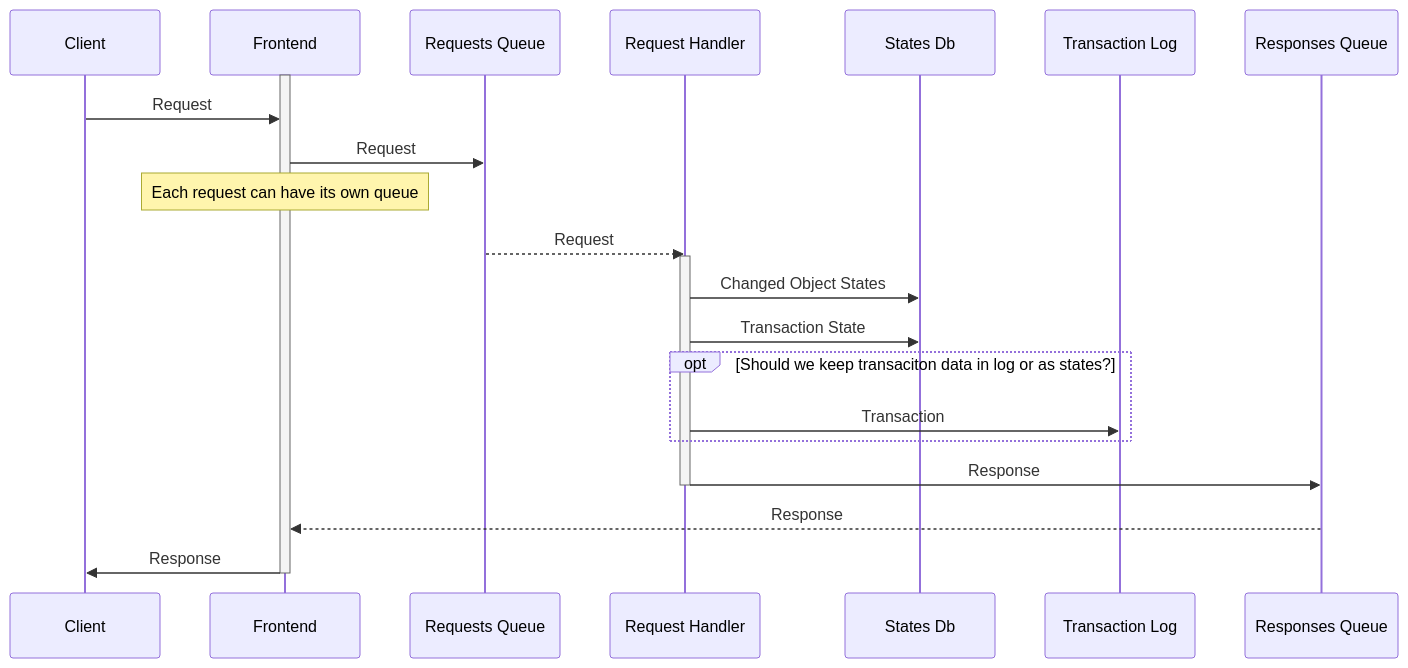
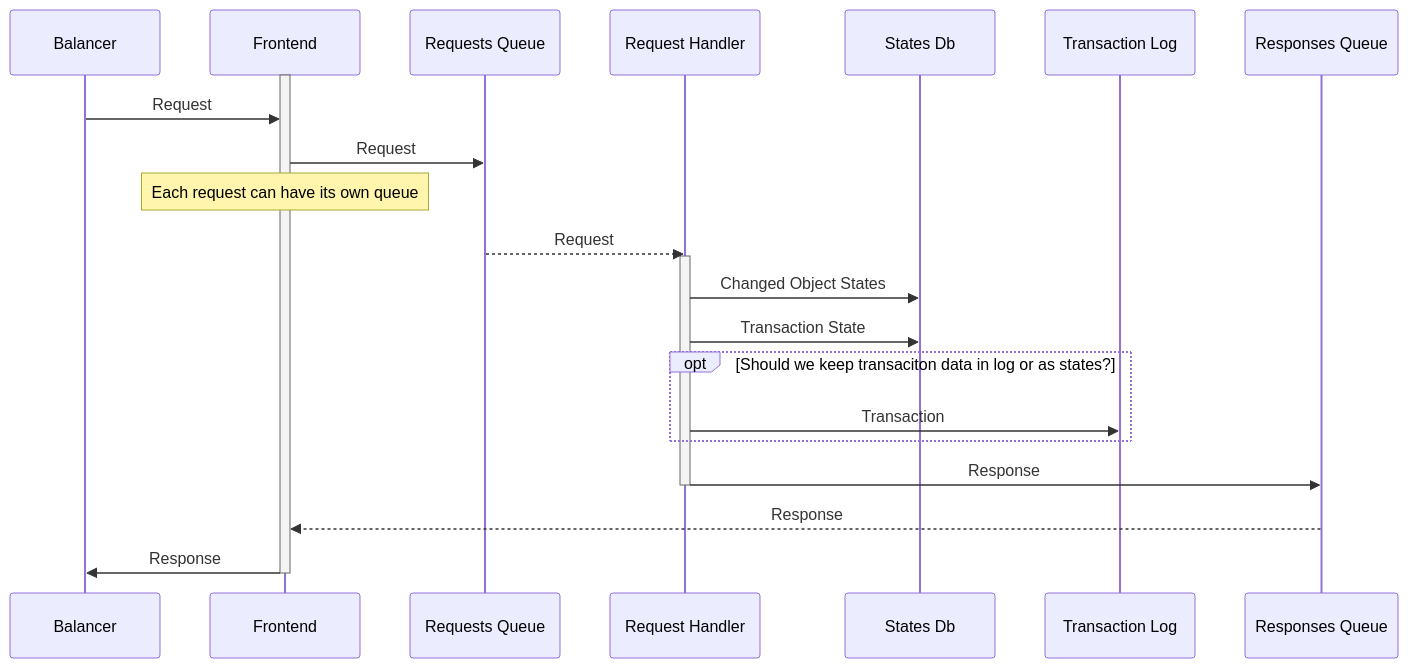
One commit to atomicity4j/atomicity4j-docs changed the diagram in Scenarious.md. Above: the diagram before and after it, drawn with Mermaid. The commit also changed other lines of this file, not shown here.

````diff
--- a/Scenarious.md
+++ b/Scenarious.md
@@ -5,19 +5,20 @@
 ```mermaid
 sequenceDiagram
+
   activate Frontend
-  Client->>Frontend: Request
+  Balancer->>Frontend: Request
   Frontend->>Requests Queue: Request
   Note over Frontend: Each request can have its own queue
   Requests Queue-->>Request Handler: Request
   activate Request Handler
   Request Handler->>States Db: Changed Object States
   Request Handler->>States Db: Transaction State
   opt Should we keep transaciton data in log or as states?
       Request Handler->> Transaction Log: Transaction
   end
   Request Handler->>Responses Queue: Response
   deactivate Request Handler
   Responses Queue-->> Frontend: Response
-  Frontend->>Client: Response
+  Frontend->>Balancer: Response
   deactivate Frontend
 ```
````
